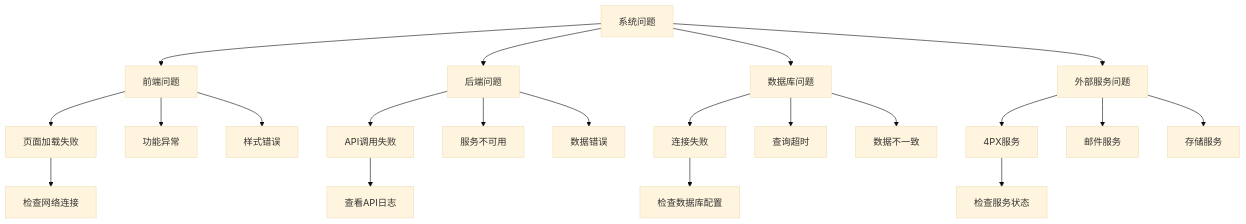
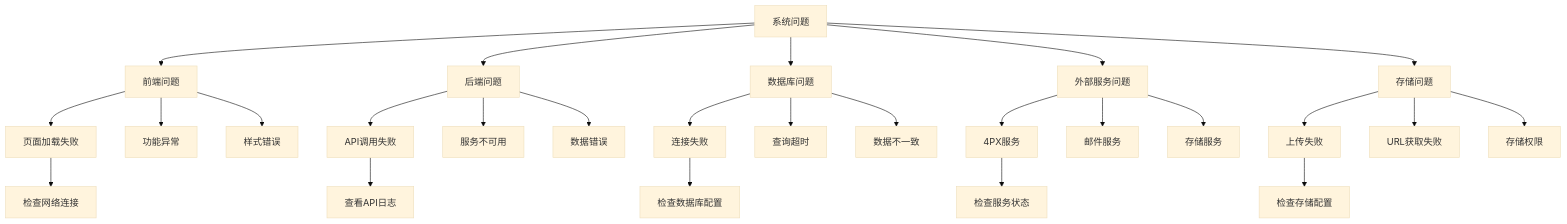
Diagram 19 of 20 in .qoder/repowiki/zh/content/开发指南/管理面板功能增强.md (SY6621/POD-Order-Management), drawn with Mermaid (base theme) before and after one commit. The commit also changed other lines of this file and 8 other files, not shown here.

````diff
--- a/.qoder/repowiki/zh/content/开发指南/管理面板功能增强.md
+++ b/.qoder/repowiki/zh/content/开发指南/管理面板功能增强.md
@@ -852,23 +1007,28 @@
 ```mermaid
 flowchart TD
 A[系统问题] --> B[前端问题]
 A --> C[后端问题]
 A --> D[数据库问题]
 A --> E[外部服务问题]
+A --> F[存储问题]
 B --> B1[页面加载失败]
 B --> B2[功能异常]
 B --> B3[样式错误]
 C --> C1[API调用失败]
 C --> C2[服务不可用]
 C --> C3[数据错误]
 D --> D1[连接失败]
 D --> D2[查询超时]
 D --> D3[数据不一致]
 E --> E1[4PX服务]
 E --> E2[邮件服务]
 E --> E3[存储服务]
-B1 --> F[检查网络连接]
-C1 --> G[查看API日志]
-D1 --> H[检查数据库配置]
-E1 --> I[检查服务状态]
+F --> F1[上传失败]
+F --> F2[URL获取失败]
+F --> F3[存储权限]
+B1 --> G[检查网络连接]
+C1 --> H[查看API日志]
+D1 --> I[检查数据库配置]
+E1 --> J[检查服务状态]
+F1 --> K[检查存储配置]
 ```
````
